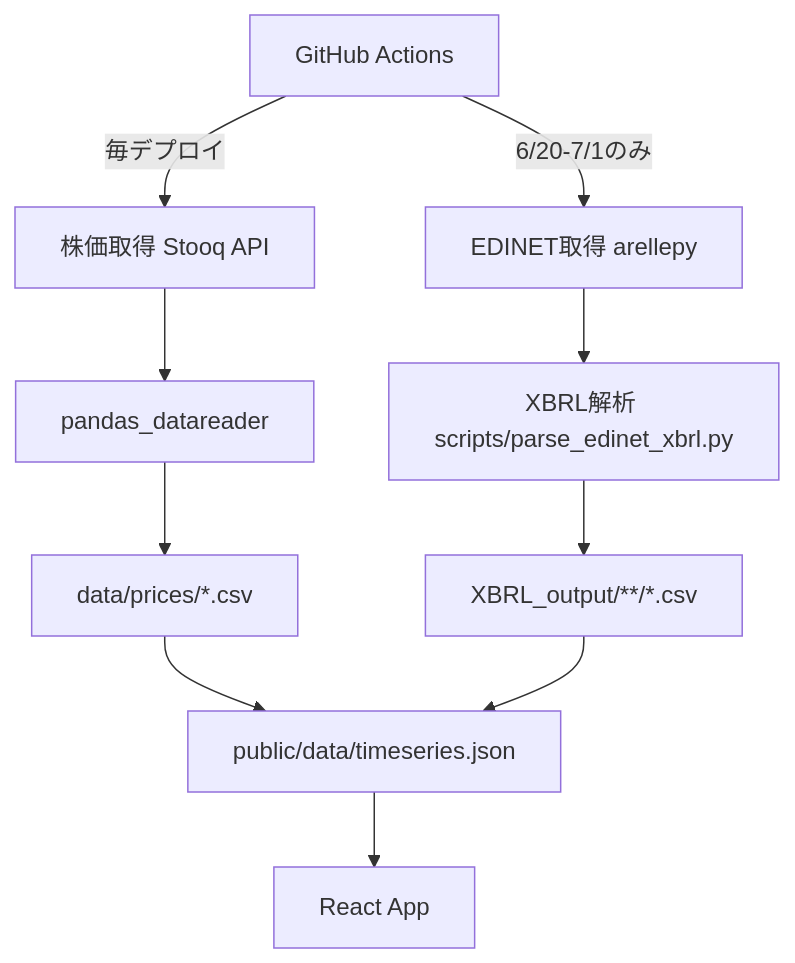
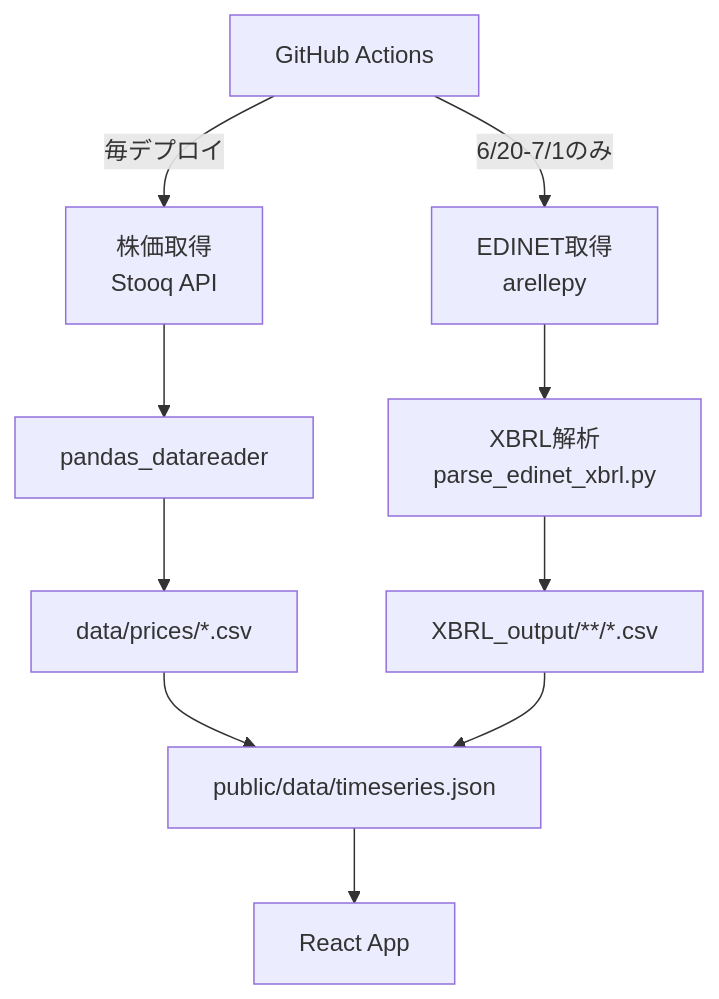
One commit to J1921604/ValueScope changed the third of 11 diagrams in .specify/memory/constitution.md. Above: the diagram before and after it, drawn with Mermaid. The commit also changed other lines of this file and 16 other files, not shown here.

````diff
--- a/.specify/memory/constitution.md
+++ b/.specify/memory/constitution.md
@@ -45,12 +338,12 @@
 ```mermaid
 flowchart TD
-    A[GitHub Actions] -->|毎デプロイ| B[株価取得 Stooq API]
-    A -->|6/20-7/1のみ| C[EDINET取得 arellepy]
+    A[GitHub Actions] -->|毎デプロイ| B[株価取得<br/>Stooq API]
+    A -->|6/20-7/1のみ| C[EDINET取得<br/>arellepy]
     B --> D[pandas_datareader]
-    C --> E[XBRL解析 scripts/parse_edinet_xbrl.py]
+    C --> E[XBRL解析<br/>parse_edinet_xbrl.py]
     D --> F[data/prices/*.csv]
     E --> G[XBRL_output/**/*.csv]
     F --> H[public/data/timeseries.json]
     G --> H
     H --> I[React App]
 ```
````
